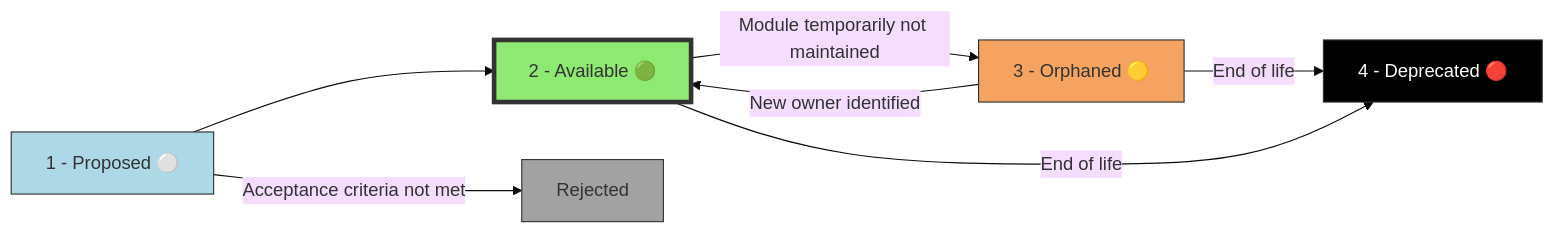
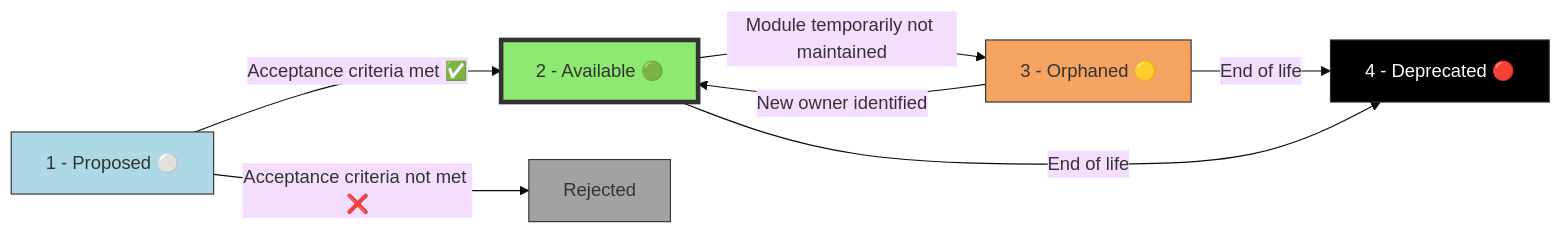
The diagram in docs/content/specs-defs/module-lifecycle.md (Azure/Azure-Verified-Modules), drawn with Mermaid (base theme) before and after one commit. The commit also changed other lines of this file and 1 other file, not shown here.

Commit message:
module deprecation process updates

```diff
--- a/docs/content/specs-defs/module-lifecycle.md
+++ b/docs/content/specs-defs/module-lifecycle.md
@@ -9,14 +9,18 @@
 {{< mermaid zoom="false">}}
 flowchart LR
-    Proposed["1 - Proposed ⚪"] --> Available["2 - Available 🟢"]
-    Proposed --> |Acceptance criteria not met| Rejected[Rejected]
+    Proposed["1 - Proposed ⚪"] --> |Acceptance criteria met ✅| Available["2 - Available 🟢"]
+      click Proposed "{{% siteparam base %}}/specs/shared/module-lifecycle/#1-proposed-modules"
+      click Available "{{% siteparam base %}}/specs/shared/module-lifecycle/#2-available-modules"
+    Proposed --> |Acceptance criteria not met ❌| Rejected[Rejected]
     Available --> |Module temporarily not maintained| Orphaned["3 - Orphaned 🟡"]
     Orphaned --> |End of life| Deprecated["4 - Deprecated 🔴"]
+      click Orphaned "{{% siteparam base %}}/specs/shared/module-lifecycle/#3-orphaned-modules"
     Orphaned --> |New owner identified| Available
     Available --> |End of life| Deprecated
+      click Deprecated "{{% siteparam base %}}/specs/shared/module-lifecycle/#4-deprecated-modules"
     style Proposed fill:#ADD8E6,stroke:#333,stroke-width:1px
     style Orphaned fill:#F4A460,stroke:#333,stroke-width:1px
     style Available fill:#8DE971,stroke:#333,stroke-width:4px
     style Deprecated fill:#000000,stroke:#333,stroke-width:1px,color:#fff
     style Rejected fill:#A2A2A2,stroke:#333,stroke-width:1px
 {{< /mermaid >}}
```
